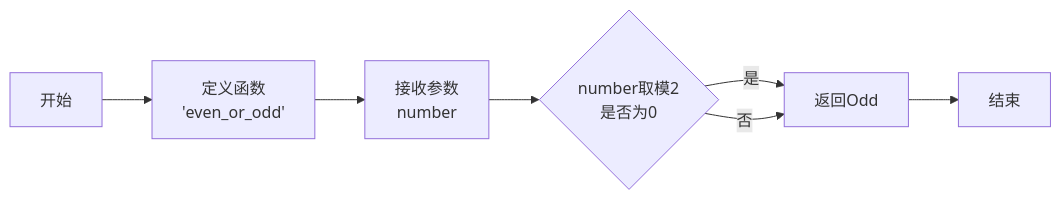
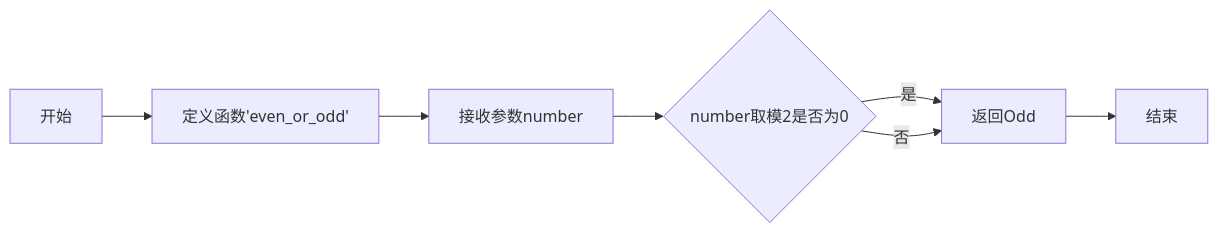
One commit to RonaWhite/python changed the third of 3 diagrams in experiment2.md. Above: the diagram before and after it, drawn with Mermaid. The commit also changed other lines of this file and 1 other file, not shown here.

````diff
--- a/experiment2.md
+++ b/experiment2.md
@@ -519,12 +519,9 @@
 ```mermaid
 flowchart LR
-    A[开始] --> B[定义函数
-    'even_or_odd']
-    B --> C[接收参数
-    number]
-    C --> D{number取模2
-    是否为0}
+    A[开始] --> B[定义函数'even_or_odd']
+    B --> C[接收参数number]
+    C --> D{number取模2是否为0}
     D --> |是| E[返回Even]
     E --> F[结束]
     D --> |否| E[返回Odd]
 ```
````
